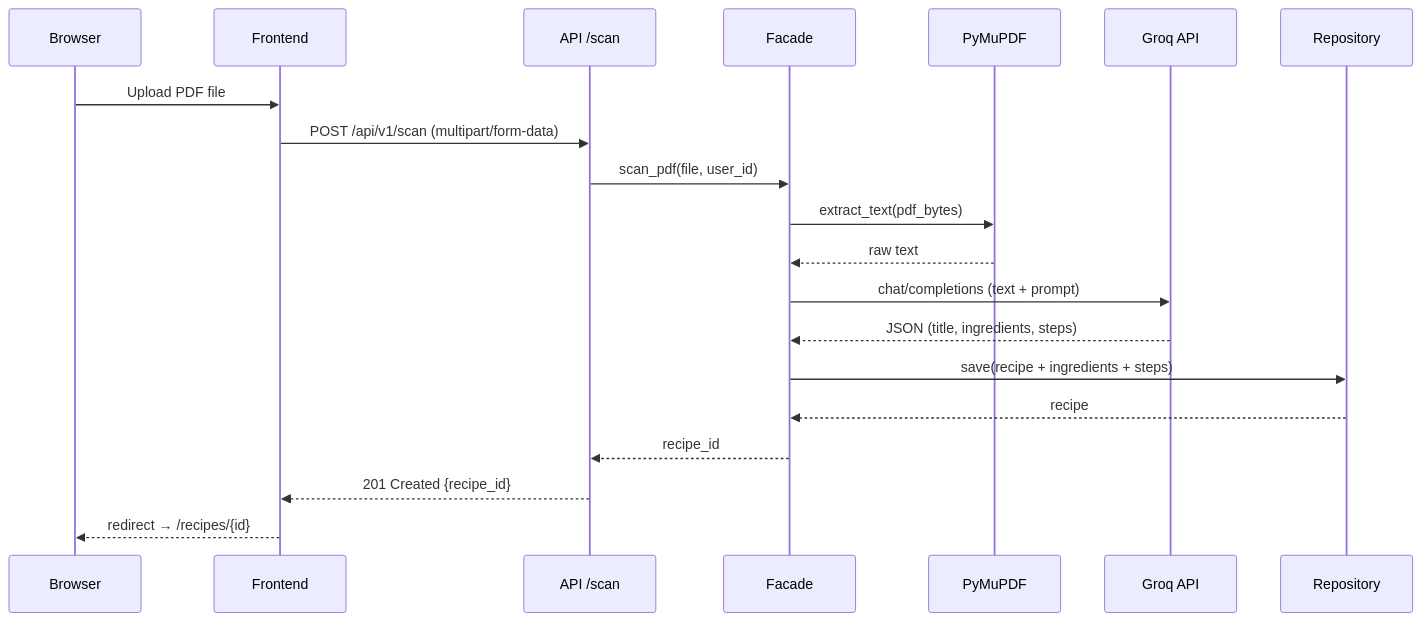
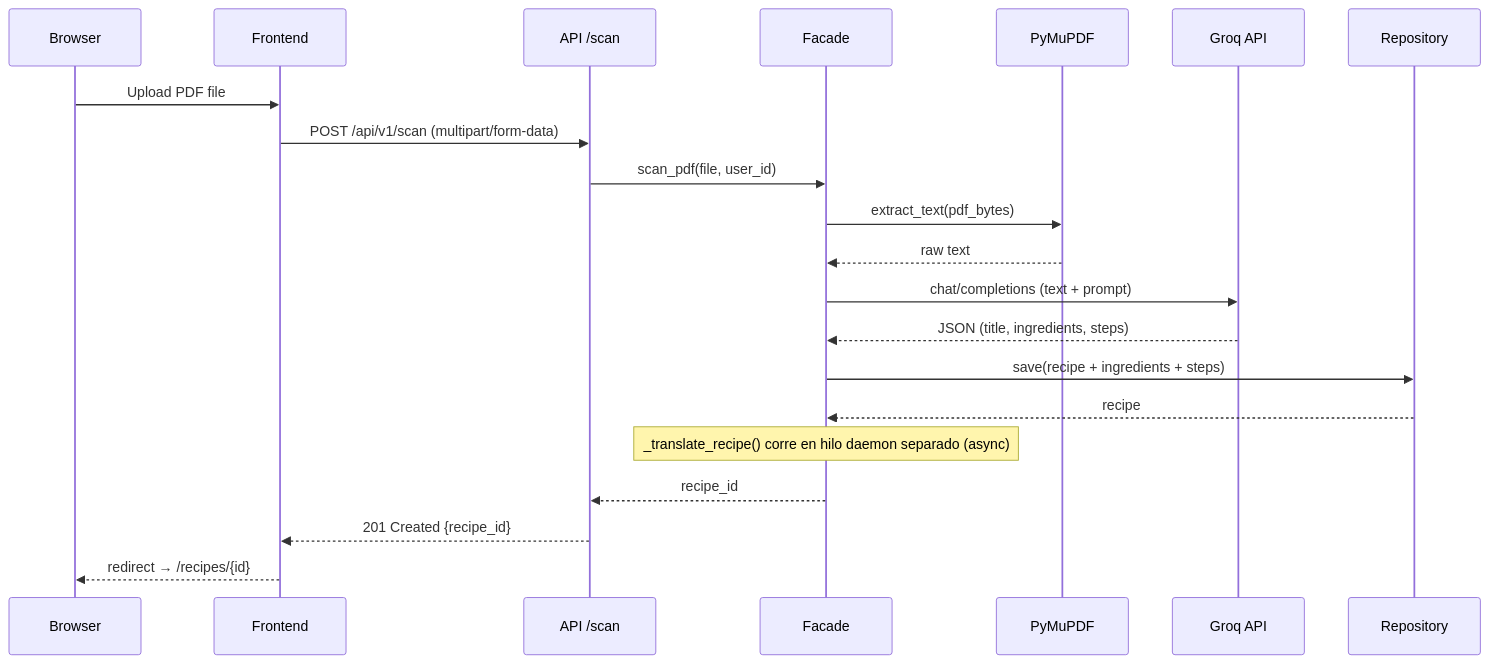
One commit to juliangf94/recipe-scanner changed the fourth of 5 diagrams in Docs/STAGE3.md. Above: the diagram before and after it, drawn with Mermaid. The commit also changed other lines of this file and 7 other files, not shown here.

````diff
--- a/Docs/STAGE3.md
+++ b/Docs/STAGE3.md
@@ -420,23 +422,24 @@
 ```mermaid
 sequenceDiagram
     participant B as Browser
     participant F as Frontend
     participant A as API /scan
     participant Fa as Facade
     participant P as PyMuPDF
     participant G as Groq API
     participant R as Repository
 
     B->>F: Upload PDF file
     F->>A: POST /api/v1/scan (multipart/form-data)
     A->>Fa: scan_pdf(file, user_id)
     Fa->>P: extract_text(pdf_bytes)
     P-->>Fa: raw text
     Fa->>G: chat/completions (text + prompt)
     G-->>Fa: JSON (title, ingredients, steps)
     Fa->>R: save(recipe + ingredients + steps)
     R-->>Fa: recipe
+    Note over Fa: _translate_recipe() corre en hilo daemon separado (async)
     Fa-->>A: recipe_id
     A-->>F: 201 Created {recipe_id}
     F-->>B: redirect → /recipes/{id}
 ```
````
